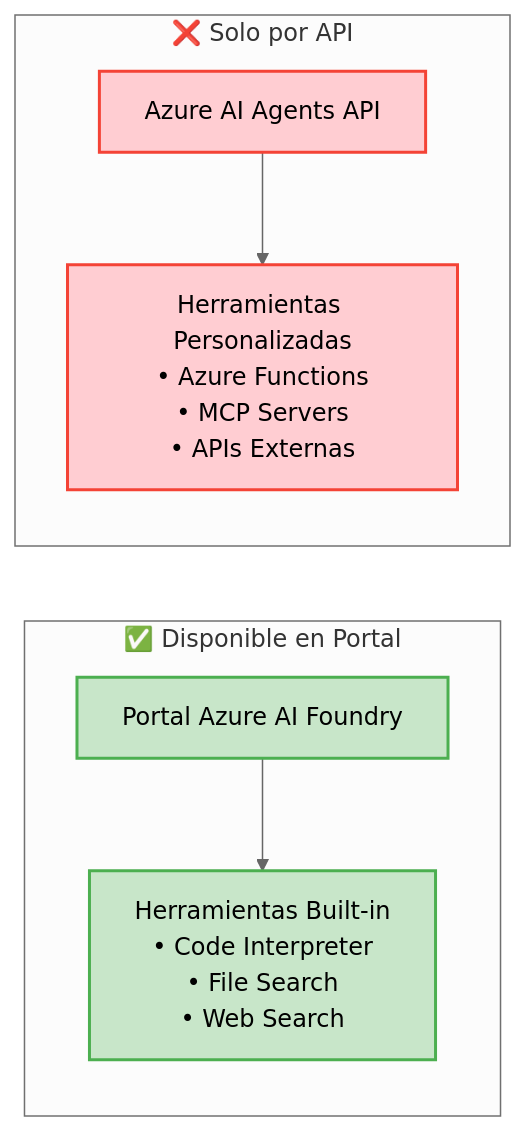
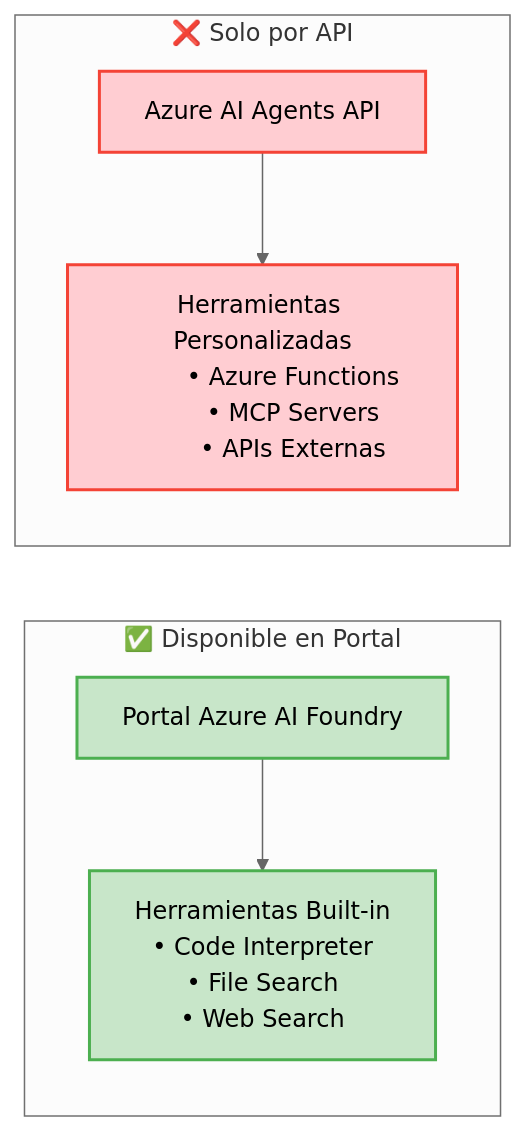
One commit to develozombie/agente-aifoundry changed diagram 15 of 17 in README.md. Above: the diagram before and after it, drawn with Mermaid (neutral theme). The commit also changed other lines of this file, not shown here.

````diff
--- a/README.md
+++ b/README.md
@@ -1366,21 +1419,27 @@
 ```mermaid
 flowchart LR
     subgraph "✅ Disponible en Portal"
         Portal[Portal Azure AI Foundry]
-        BuiltIn[Herramientas Built-in<br/>• Code Interpreter<br/>• File Search<br/>• Web Search]
+        BuiltIn["Herramientas Built-in
+        • Code Interpreter
+        • File Search
+        • Web Search"]
     end
     
     subgraph "❌ Solo por API"
         API[Azure AI Agents API]
-        Custom[Herramientas Personalizadas<br/>• Azure Functions<br/>• MCP Servers<br/>• APIs Externas]
+        Custom["Herramientas Personalizadas
+        • Azure Functions
+        • MCP Servers
+        • APIs Externas"]
     end
     
     Portal --> BuiltIn
     API --> Custom
     
     classDef availableNode fill:#c8e6c9,stroke:#4caf50,stroke-width:2px
     classDef apiOnlyNode fill:#ffcdd2,stroke:#f44336,stroke-width:2px
     
     class Portal,BuiltIn availableNode
     class API,Custom apiOnlyNode
 ```
````
